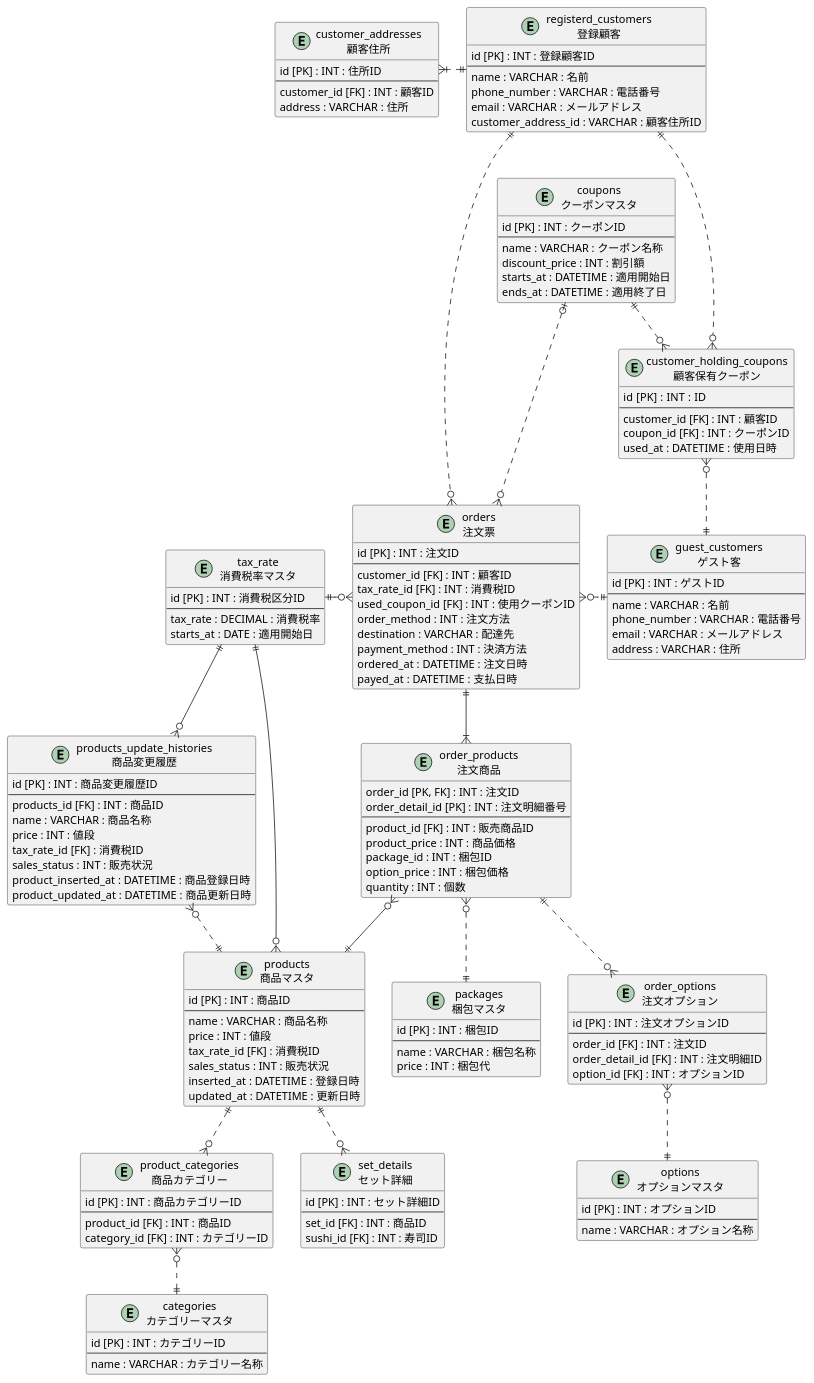
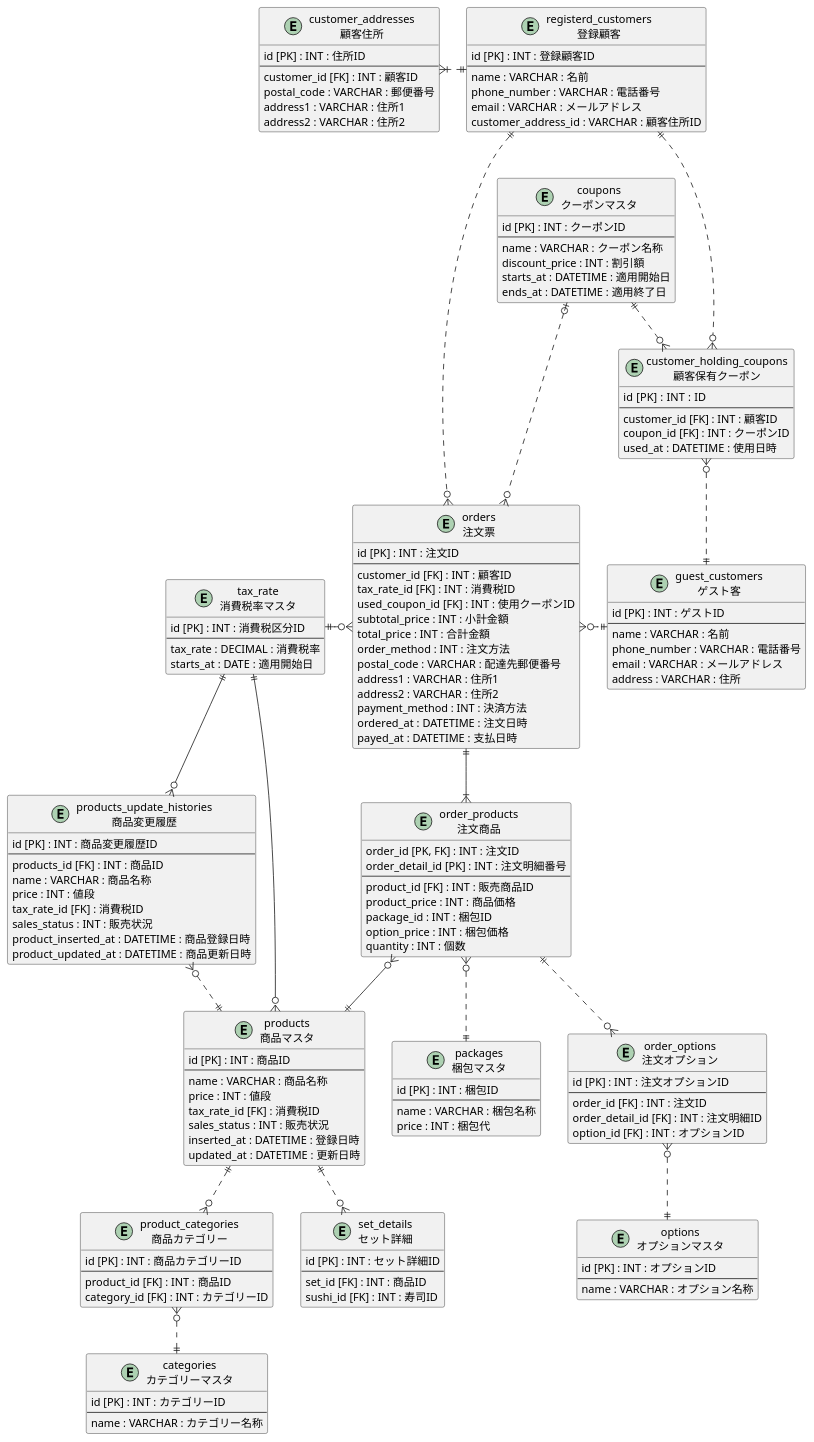
One commit to praha-inc/praha-challenge-7 changed the diagram in I84PdeRyF2ApGF/db_modeling01/task_03/db_modeling03.pu. Above: the diagram before and after it, drawn with PlantUML.

Commit message:
[Fix] er-diagram address, orders

```diff
--- a/I84PdeRyF2ApGF/db_modeling01/task_03/db_modeling03.pu
+++ b/I84PdeRyF2ApGF/db_modeling01/task_03/db_modeling03.pu
@@ -1,174 +1,180 @@
 @startuml dbModeling1
     Entity "tax_rate\n消費税率マスタ" as tax_rate{
         id [PK] : INT : 消費税区分ID
         --
         tax_rate : DECIMAL : 消費税率
         starts_at : DATE : 適用開始日
     }
 
     Entity "guest_customers\nゲスト客" as f_c {
         id [PK] : INT : ゲストID
         --
         name : VARCHAR : 名前
         phone_number : VARCHAR : 電話番号
         email : VARCHAR : メールアドレス
         address : VARCHAR : 住所
     }
 
     Entity "customer_addresses\n顧客住所" as c_a{
         id [PK] : INT : 住所ID
         --
         customer_id [FK] : INT : 顧客ID
-        address : VARCHAR : 住所 
+        postal_code : VARCHAR : 郵便番号
+        address1 : VARCHAR : 住所1
+        address2 : VARCHAR : 住所2
     }
     
     Entity "registerd_customers\n登録顧客" as r_c{
         id [PK] : INT : 登録顧客ID
         --
         name : VARCHAR : 名前
         phone_number : VARCHAR : 電話番号
         email : VARCHAR : メールアドレス
         customer_address_id : VARCHAR : 顧客住所ID
     }
 
     Entity "customer_holding_coupons\n顧客保有クーポン" as c_h_c{
         id [PK] : INT :  ID
         --
         customer_id [FK] : INT : 顧客ID
         coupon_id [FK] : INT : クーポンID
         used_at : DATETIME : 使用日時
     }
 
     Entity "coupons\nクーポンマスタ" as c_m{
         id [PK] : INT : クーポンID
         --
         name : VARCHAR : クーポン名称
         discount_price : INT : 割引額
         starts_at : DATETIME : 適用開始日
         ends_at : DATETIME : 適用終了日
     }
 
     Entity "orders\n注文票" as orders {
         id [PK] : INT : 注文ID
         --
         customer_id [FK] : INT : 顧客ID
         tax_rate_id [FK] : INT : 消費税ID
         used_coupon_id [FK] : INT : 使用クーポンID
+        subtotal_price : INT : 小計金額
+        total_price : INT : 合計金額
         order_method : INT : 注文方法
-        destination : VARCHAR : 配達先
+        postal_code : VARCHAR : 配達先郵便番号
+        address1 : VARCHAR : 住所1
+        address2 : VARCHAR : 住所2
         payment_method : INT : 決済方法
         ordered_at : DATETIME : 注文日時
         payed_at : DATETIME : 支払日時
     }
 
     Entity "order_products\n注文商品" as order_details {
         order_id [PK, FK] : INT : 注文ID 
         order_detail_id [PK] : INT : 注文明細番号 
         --
         product_id [FK] : INT : 販売商品ID
         product_price : INT : 商品価格
         package_id : INT : 梱包ID 
         option_price : INT : 梱包価格
         quantity : INT : 個数
     }
 
     Entity "order_options\n注文オプション" as options {
         id [PK] : INT : 注文オプションID
         --
         order_id [FK] : INT : 注文ID
         order_detail_id [FK] : INT : 注文明細ID
         option_id [FK] : INT : オプションID
     }
 
     Entity "options\nオプションマスタ" as om{
         id [PK] : INT : オプションID
         --
         name : VARCHAR : オプション名称
     }
 
     Entity "packages\n梱包マスタ" as p_o{
         id [PK] : INT : 梱包ID
         --
         name : VARCHAR : 梱包名称
         price : INT : 梱包代
     }
 
     Entity "products\n商品マスタ" as s_p{
         id [PK] : INT : 商品ID
         --
         name : VARCHAR : 商品名称
         price : INT : 値段
         tax_rate_id [FK] : 消費税ID
         sales_status : INT : 販売状況
         inserted_at : DATETIME : 登録日時
         updated_at : DATETIME : 更新日時
     }
 
     Entity "products_update_histories\n商品変更履歴" as p_h {
         id [PK] : INT : 商品変更履歴ID
         --
         products_id [FK] : INT : 商品ID
         name : VARCHAR : 商品名称
         price : INT : 値段
         tax_rate_id [FK] : 消費税ID
         sales_status : INT : 販売状況
         product_inserted_at : DATETIME : 商品登録日時
         product_updated_at : DATETIME : 商品更新日時
     }
 
     Entity "set_details\nセット詳細" as s_d{
         id [PK] : INT : セット詳細ID
         --
         set_id [FK] : INT : 商品ID
         sushi_id [FK] : INT : 寿司ID
     }
 
     Entity "categories\nカテゴリーマスタ" as c {
         id [PK] : INT : カテゴリーID
         --
         name : VARCHAR : カテゴリー名称
     }
 
     Entity "product_categories\n商品カテゴリー" as pc {
         id [PK] : INT : 商品カテゴリーID
         --
         product_id [FK] : INT : 商品ID
         category_id [FK] : INT : カテゴリーID
     }
 
     orders }o..r..|| f_c
     r_c ||....o{ orders
     orders ||-d-|{ order_details
     orders }o-l-|| tax_rate
     order_details }o--|| s_p
     tax_rate ||--o{ s_p
     tax_rate ||--o{ p_h
     s_p ||..o{ pc
     pc }o..|| c
     s_p ||..o{ s_d
     order_details ||..o{ options
     options }o..|| om
     s_p ||..l..o{ p_h 
     order_details }o..|| p_o
     ' p_o ||..o{ p_o_h
     r_c ||..o{ c_h_c
     c_h_c }o..|| f_c
     c_m ||..o{ c_h_c
     c_m |o..o{orders
     c_a }|.r.|| r_c
 
 
     ' * 主キー
     ' + 外部キー
     ' カラム名 : 型 : 説明
 
     ' 1対０また1
     ' A ||--o| B
     ' 1対1
     ' A ||--|| B
     ' 1対0以上
     ' A ||--o{ B
     ' 1対1以上
     ' A ||--|{ B
 
 @enduml
```
